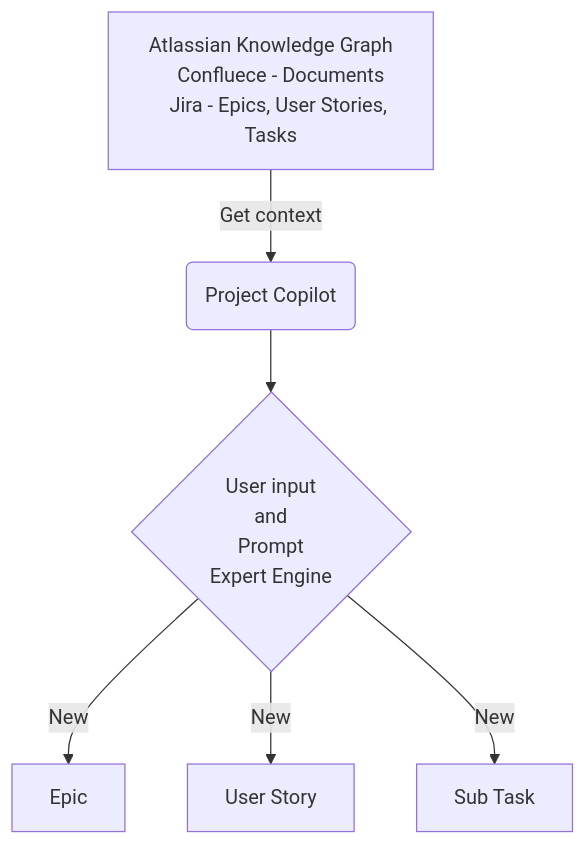
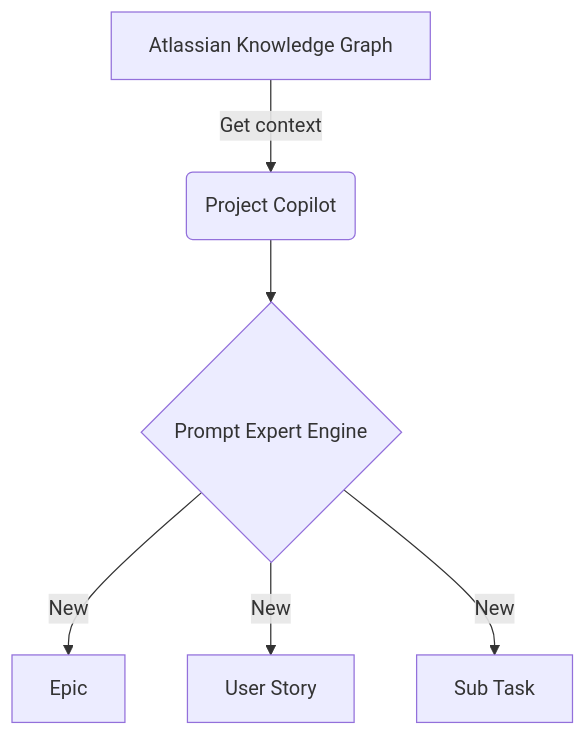
Before and after one commit to project-copilot/fit: the first of 2 diagrams in README.md, drawn with Mermaid.

Commit message:
FIT-6 Mermaid test

````diff
--- a/README.md
+++ b/README.md
@@ -8,13 +8,8 @@
 ```mermaid
 flowchart TD
-    A[Atlassian Knowledge Graph
-    Confluece - Documents
-    Jira - Epics, User Stories, Tasks] -->|Get context| B(Project Copilot)
-    B --> C{User input
-    and
-    Prompt 
-    Expert Engine}
+    A[Atlassian Knowledge Graph] -->|Get context| B(Project Copilot)
+    B --> C{Prompt Expert Engine}
     C -->|New| D[Epic]
     C -->|New| E[User Story]
     C -->|New| F[Sub Task]
 ```
````
